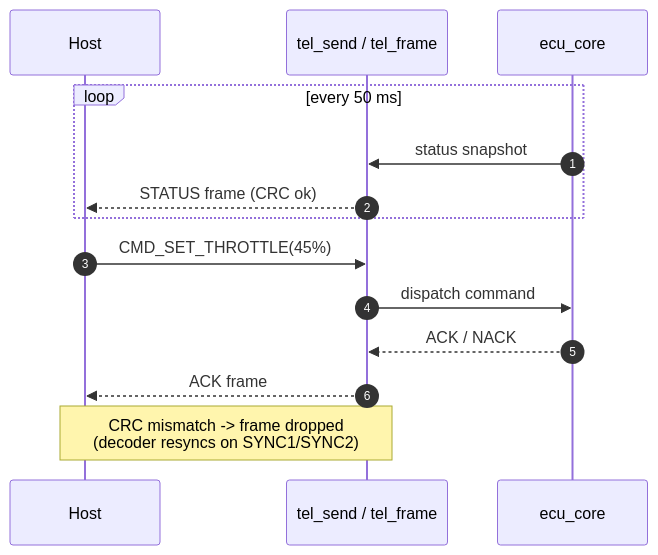
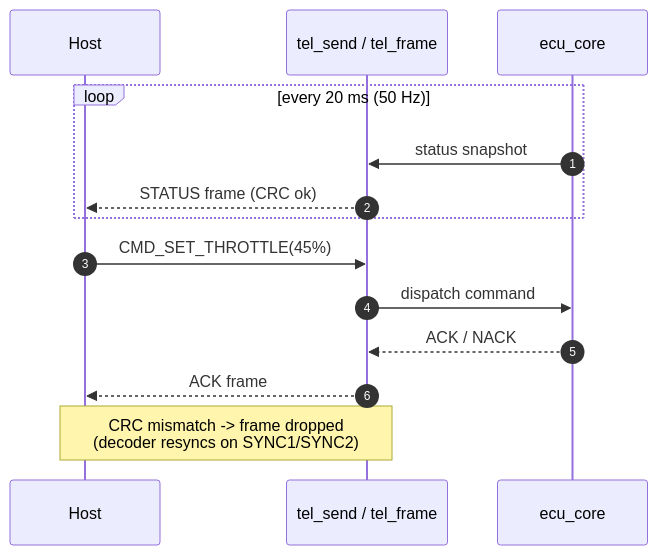
Before and after one commit to jakub-michalik/JetECU-Core: the second of 2 diagrams in doc/api/telemetry.rst, drawn with Mermaid. The commit also changed 1 other file, not shown here.

Commit message:
docs: harmonise telemetry rate to 50 Hz across all references
README, scheduler timing diagram, and telemetry sequence diagram now
agree on a 20 ms (50 Hz) telemetry period.  Rebuilt the scheduler Gantt
to a 100 ms slice with bar counts that actually match each task's
frequency, and added a canonical task-rate table.

```diff
--- a/doc/api/telemetry.rst
+++ b/doc/api/telemetry.rst
@@ -35,19 +35,19 @@
 .. mermaid::
 
    sequenceDiagram
        autonumber
        participant Host
        participant Tel as tel_send / tel_frame
        participant ECU as ecu_core
 
-       loop every 50 ms
+       loop every 20 ms (50 Hz)
            ECU->>Tel: status snapshot
            Tel-->>Host: STATUS frame (CRC ok)
        end
 
        Host->>Tel: CMD_SET_THROTTLE(45%)
        Tel->>ECU: dispatch command
        ECU-->>Tel: ACK / NACK
        Tel-->>Host: ACK frame
 
        Note over Tel,Host: CRC mismatch -> frame dropped<br/>(decoder resyncs on SYNC1/SYNC2)
```
